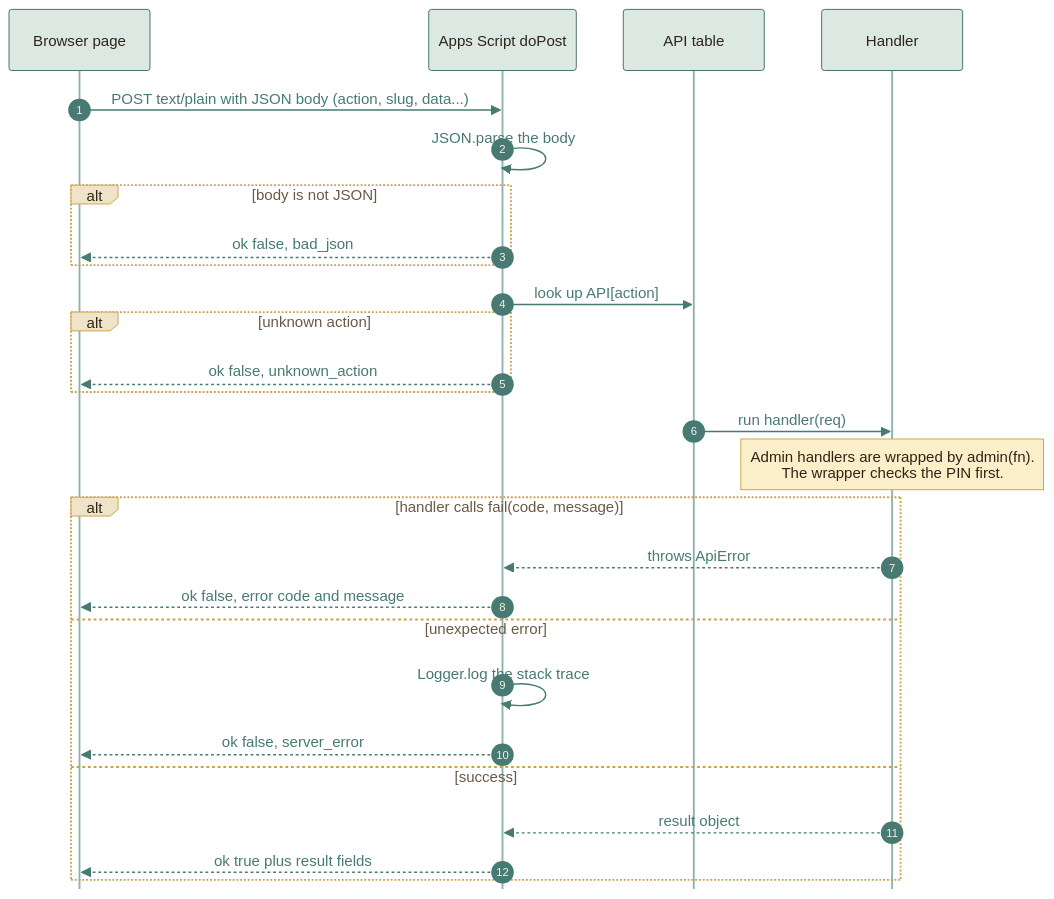
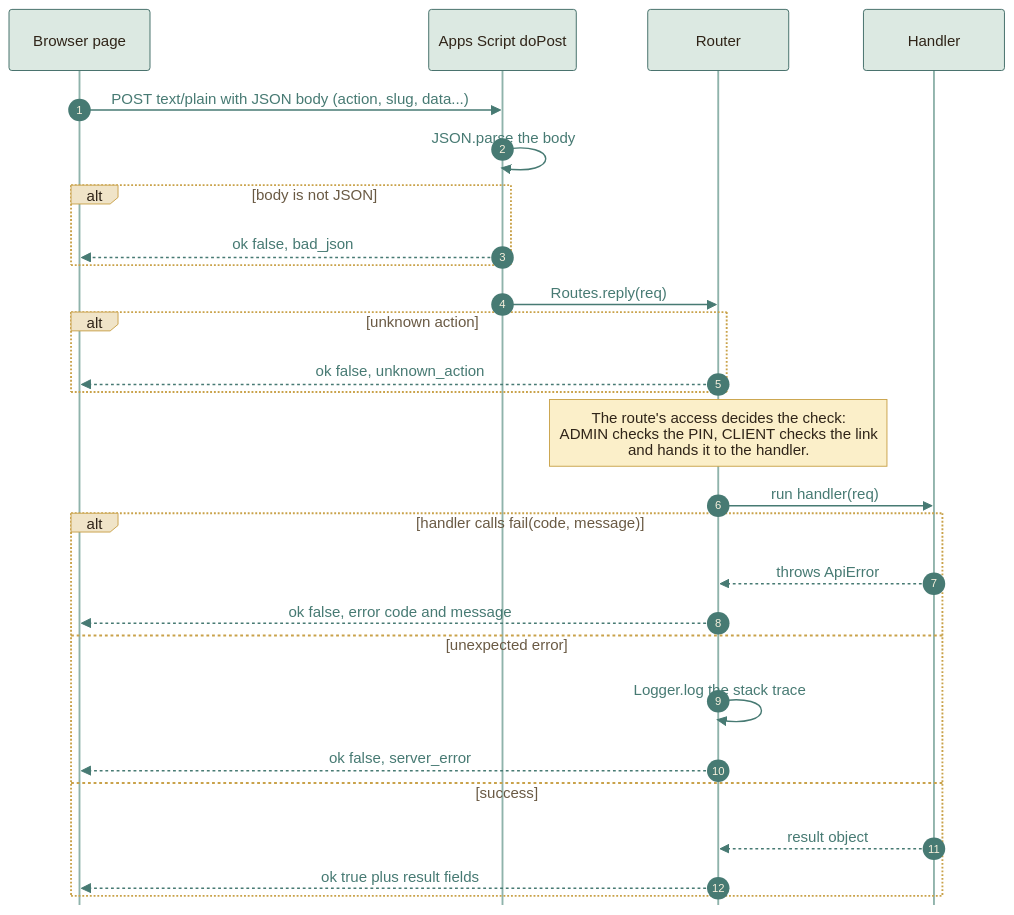
One commit to moyeh04/forms-platform changed the second of 12 diagrams in docs/architecture/ARCHITECTURE.md. Above: the diagram before and after it, drawn with Mermaid. The commit also changed other lines of this file and 3 other files, not shown here.

First line of the commit message:
docs: Describe the router and the access of each route

````diff
--- a/docs/architecture/ARCHITECTURE.md
+++ b/docs/architecture/ARCHITECTURE.md
@@ -118,52 +118,52 @@
 ```mermaid
 %%{init: {
   'theme': 'base',
   'themeVariables': {
     'fontFamily': 'ui-sans-serif, system-ui, -apple-system, Segoe UI, Roboto, sans-serif',
     'fontSize': '15px',
     'primaryColor': '#DCE9E2', 'primaryBorderColor': '#3F6B66', 'primaryTextColor': '#2F2418',
     'secondaryColor': '#F0E4C8', 'secondaryBorderColor': '#C9A24A', 'secondaryTextColor': '#2F2418',
     'tertiaryColor': '#F6EFDC', 'tertiaryBorderColor': '#CDBB94', 'tertiaryTextColor': '#2F2418',
     'lineColor': '#3F6B66', 'textColor': '#2F2418', 'mainBkg': '#DCE9E2', 'nodeBorder': '#3F6B66',
     'clusterBkg': '#F6EFDC', 'clusterBorder': '#CDBB94', 'titleColor': '#2F2418',
     'edgeLabelBackground': '#F8F1DD',
     'actorBkg': '#DCE9E2', 'actorBorder': '#3F6B66', 'actorTextColor': '#2F2418', 'actorLineColor': '#8FB3AB',
     'signalColor': '#477A73', 'signalTextColor': '#477A73',
     'labelBoxBkgColor': '#F0E4C8', 'labelBoxBorderColor': '#C9A24A', 'labelTextColor': '#2F2418', 'loopTextColor': '#6A5A44',
     'noteBkgColor': '#FBEFC9', 'noteBorderColor': '#C9A24A', 'noteTextColor': '#2F2418',
     'activationBkgColor': '#DCE9E2', 'activationBorderColor': '#3F6B66', 'sequenceNumberColor': '#F8F1DD',
     'transitionColor': '#3F6B66', 'stateLabelColor': '#2F2418', 'stateBkg': '#DCE9E2', 'altBackground': '#F6EFDC',
     'attributeBackgroundColorOdd': '#F8F1DD', 'attributeBackgroundColorEven': '#F0E4C8'
   },
   'flowchart': {'curve': 'basis', 'padding': 14, 'nodeSpacing': 40, 'rankSpacing': 46},
   'sequence': {'mirrorActors': false, 'messageMargin': 34, 'boxMargin': 8}
 }}%%
 sequenceDiagram
     autonumber
     participant B as Browser page
     participant G as Apps Script doPost
-    participant T as API table
+    participant T as Router
     participant H as Handler
 
     B->>G: POST text/plain with JSON body (action, slug, data...)
     G->>G: JSON.parse the body
     alt body is not JSON
         G-->>B: ok false, bad_json
     end
-    G->>T: look up API[action]
+    G->>T: Routes.reply(req)
     alt unknown action
-        G-->>B: ok false, unknown_action
+        T-->>B: ok false, unknown_action
     end
+    Note over T: The route's access decides the check:<br/>ADMIN checks the PIN, CLIENT checks the link<br/>and hands it to the handler.
     T->>H: run handler(req)
-    Note over H: Admin handlers are wrapped by admin(fn).<br/>The wrapper checks the PIN first.
     alt handler calls fail(code, message)
-        H-->>G: throws ApiError
-        G-->>B: ok false, error code and message
+        H-->>T: throws ApiError
+        T-->>B: ok false, error code and message
     else unexpected error
-        G->>G: Logger.log the stack trace
-        G-->>B: ok false, server_error
+        T->>T: Logger.log the stack trace
+        T-->>B: ok false, server_error
     else success
-        H-->>G: result object
-        G-->>B: ok true plus result fields
+        H-->>T: result object
+        T-->>B: ok true plus result fields
     end
 ```
````
